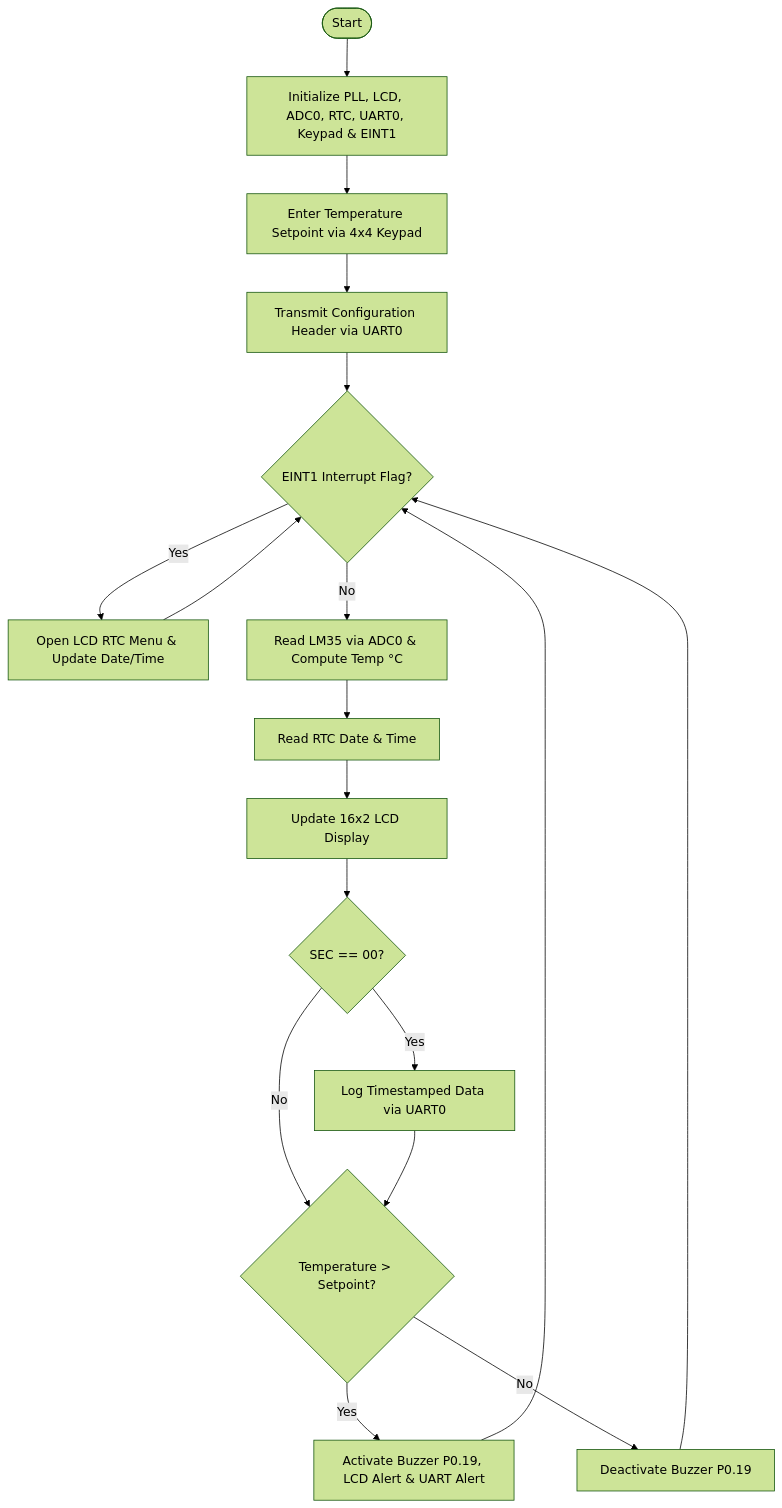
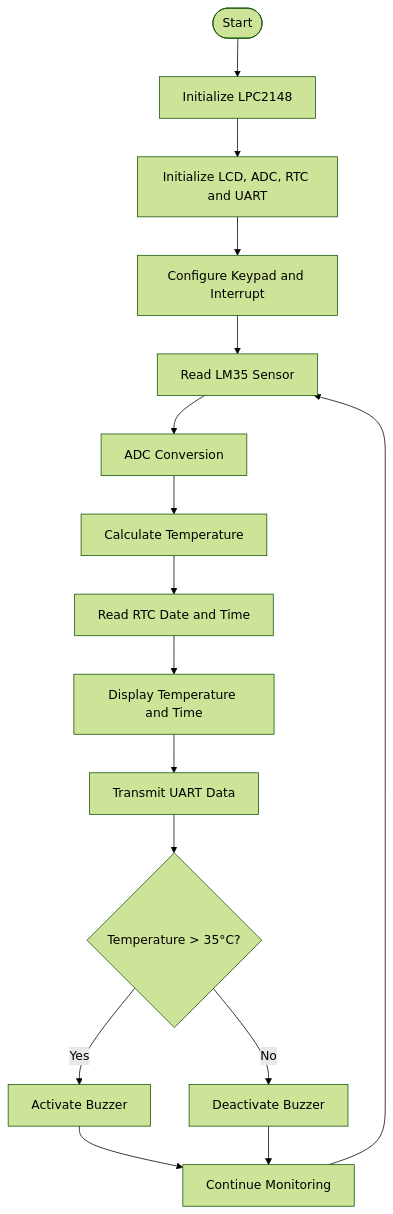
Before and after one commit to maghambhanu/LPC2148-Industrial-Environment-Monitor: the tenth of 10 diagrams in README.md, drawn with Mermaid (forest theme). The commit also changed other lines of this file, not shown here.

````diff
--- a/README.md
+++ b/README.md
@@ -365,20 +450,18 @@
 ```mermaid
 flowchart TD
-    A([Start]) --> B[Initialize PLL, LCD, ADC0, RTC, UART0, Keypad & EINT1]
-    B --> C[Enter Temperature Setpoint via 4x4 Keypad]
-    C --> D[Transmit Configuration Header via UART0]
-    D --> E{EINT1 Interrupt Flag?}
-    E -->|Yes| F[Open LCD RTC Menu & Update Date/Time]
-    F --> E
-    E -->|No| G[Read LM35 via ADC0 & Compute Temp °C]
-    G --> H[Read RTC Date & Time]
-    H --> I[Update 16x2 LCD Display]
-    I --> J{SEC == 00?}
-    J -->|Yes| K[Log Timestamped Data via UART0]
-    J -->|No| L{Temperature > Setpoint?}
-    K --> L
-    L -->|Yes| M[Activate Buzzer P0.19, LCD Alert & UART Alert]
-    L -->|No| N[Deactivate Buzzer P0.19]
-    M --> E
+    A([Start]) --> B[Initialize LPC2148]
+    B --> C[Initialize LCD, ADC, RTC and UART]
+    C --> D[Configure Keypad and Interrupt]
+    D --> E[Read LM35 Sensor]
+    E --> F[ADC Conversion]
+    F --> G[Calculate Temperature]
+    G --> H[Read RTC Date and Time]
+    H --> I[Display Temperature and Time]
+    I --> J[Transmit UART Data]
+    J --> K{Temperature > 35°C?}
+    K -->|Yes| L[Activate Buzzer]
+    K -->|No| M[Deactivate Buzzer]
+    L --> N[Continue Monitoring]
+    M --> N
     N --> E
 ```
````
